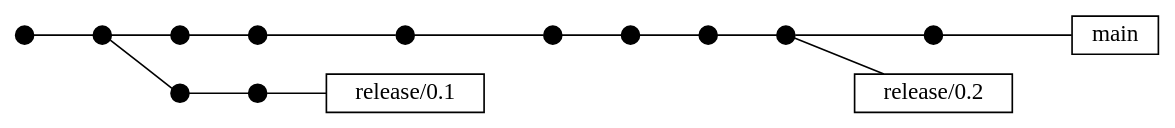
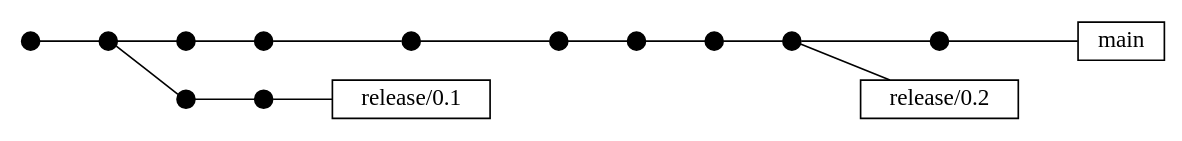
One commit to ansys/pyansys-dev-guide changed the diagram in doc/source/how-to/diag/release_branch.rst. Above: the diagram before and after it, drawn with Graphviz. The commit also changed 10 other files, not shown here.

Commit message:
Force white background in graphviz diagrams

```diff
--- a/doc/source/how-to/diag/release_branch.rst
+++ b/doc/source/how-to/diag/release_branch.rst
@@ -1,24 +1,24 @@
 .. graphviz::
     :caption: Release branches are created based on minor releases.
     :alt: Release branches are created based on minor releases.
     :align: center
 
      digraph "sphinx-ext-graphviz" {
          size="8,6";
-         bgcolor="transparent";
+         bgcolor="white";
          rankdir="LR";
          node[width=0.15, height=0.15, shape=point, color=black];
          edge[weight=2, arrowhead=none, color=black];
 
          node[group=master];
          1 -> 2 -> 4 -> 5 -> 8 -> 9 -> 11 -> 12 -> 13 -> 14 -> 15;
          15[shape=box, label=main];
 
          node[group=release1];
          2 -> 6 -> 7 -> 10;
          10[shape=box, label="release\/0.1"]
 
          node[group=release2];
          13 -> 16;
          16[shape=box, label="release\/0.2"]
      }
```
